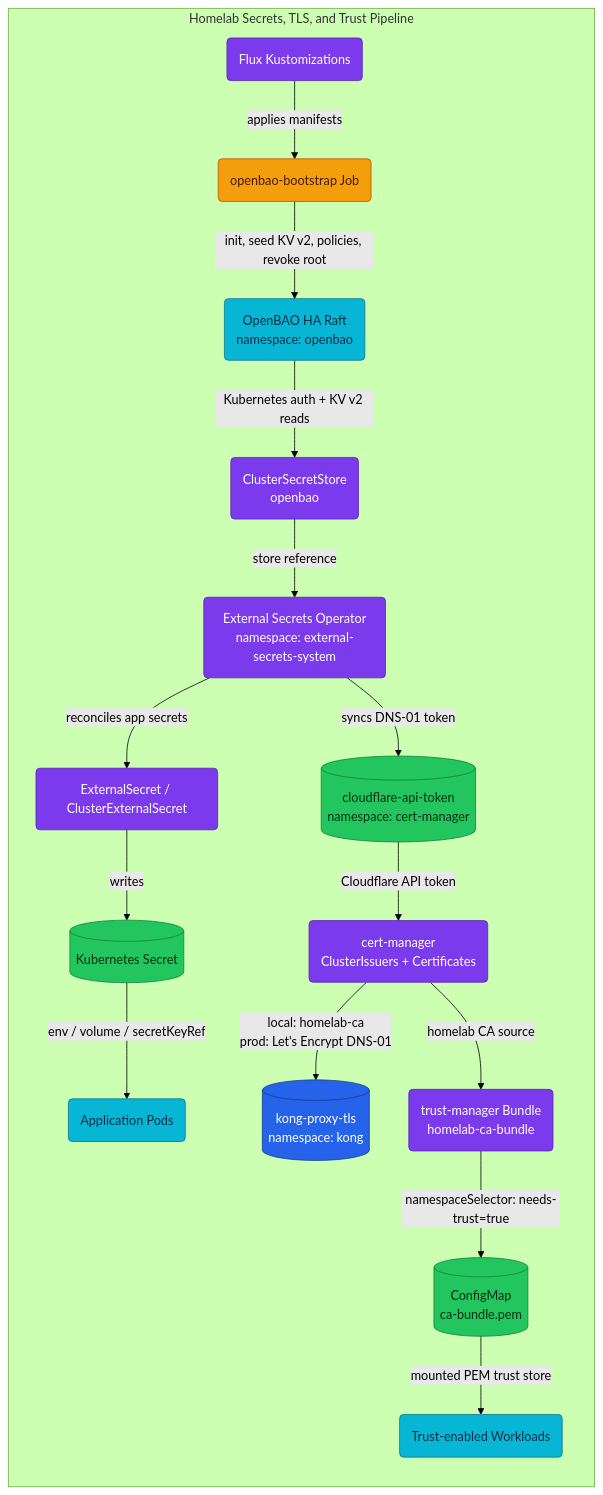
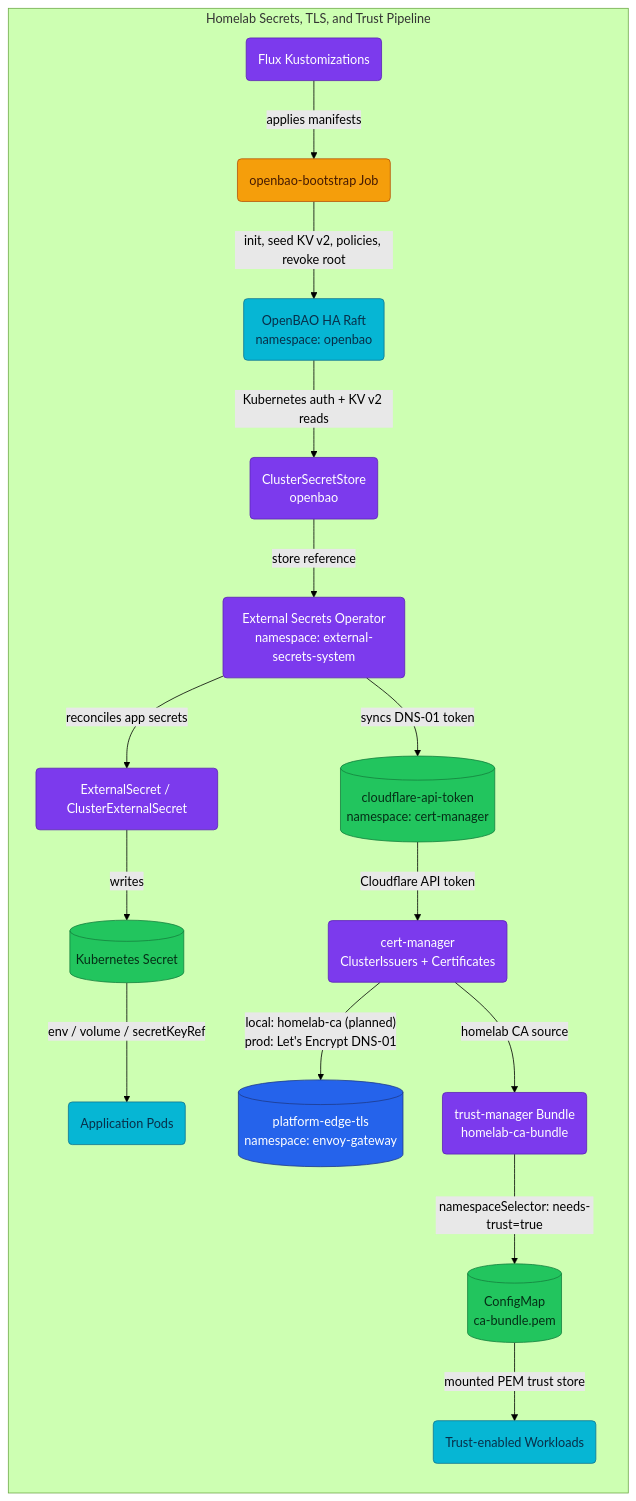
Before and after one commit to duynhlab/homelab: the first of 3 diagrams in docs/secrets/README.md, drawn with Mermaid (forest theme). The commit also changed other lines of this file and 30 other files, not shown here.

````diff
--- a/docs/secrets/README.md
+++ b/docs/secrets/README.md
@@ -52,42 +52,42 @@
 ```mermaid
 graph TD
 subgraph homelab["Homelab Secrets, TLS, and Trust Pipeline"]
     direction TB
     flux(Flux Kustomizations):::platform
     bootstrap(openbao-bootstrap Job):::worker
     bao(OpenBAO HA Raft<br/>namespace: openbao):::service
     css(ClusterSecretStore<br/>openbao):::platform
     eso(External Secrets Operator<br/>namespace: external-secrets-system):::platform
     es(ExternalSecret / ClusterExternalSecret):::platform
     k8ssecret[(Kubernetes Secret)]:::data
     apps(Application Pods):::service
     cfsecret[(cloudflare-api-token<br/>namespace: cert-manager)]:::data
     cm(cert-manager<br/>ClusterIssuers + Certificates):::platform
-    kong[(kong-proxy-tls<br/>namespace: kong)]:::edge
+    edgecert[(platform-edge-tls<br/>namespace: envoy-gateway)]:::edge
     tm(trust-manager Bundle<br/>homelab-ca-bundle):::platform
     cabundle[(ConfigMap<br/>ca-bundle.pem)]:::data
     trusted(Trust-enabled Workloads):::service
 
     flux -->|"applies manifests"| bootstrap
     bootstrap -->|"init, seed KV v2, policies, revoke root"| bao
     bao -->|"Kubernetes auth + KV v2 reads"| css
     css -->|"store reference"| eso
     eso -->|"reconciles app secrets"| es
     es -->|"writes"| k8ssecret
     k8ssecret -->|"env / volume / secretKeyRef"| apps
     eso -->|"syncs DNS-01 token"| cfsecret
     cfsecret -->|"Cloudflare API token"| cm
-    cm -->|"local: homelab-ca<br/>prod: Let's Encrypt DNS-01"| kong
+    cm -->|"local: homelab-ca (planned)<br/>prod: Let's Encrypt DNS-01"| edgecert
     cm -->|"homelab CA source"| tm
     tm -->|"namespaceSelector: needs-trust=true"| cabundle
     cabundle -->|"mounted PEM trust store"| trusted
 end
 
 classDef edge fill:#2563eb,color:#fff,stroke:#1e3a8a;
 classDef service fill:#06b6d4,color:#082f49,stroke:#0e7490;
 classDef worker fill:#f59e0b,color:#451a03,stroke:#b45309;
 classDef platform fill:#7c3aed,color:#fff,stroke:#5b21b6;
 classDef data fill:#22c55e,color:#052e16,stroke:#15803d;
 classDef external fill:#64748b,color:#fff,stroke:#334155;
 classDef planned fill:#fff,color:#475569,stroke:#64748b,stroke-dasharray:5 5;
 ```
````
